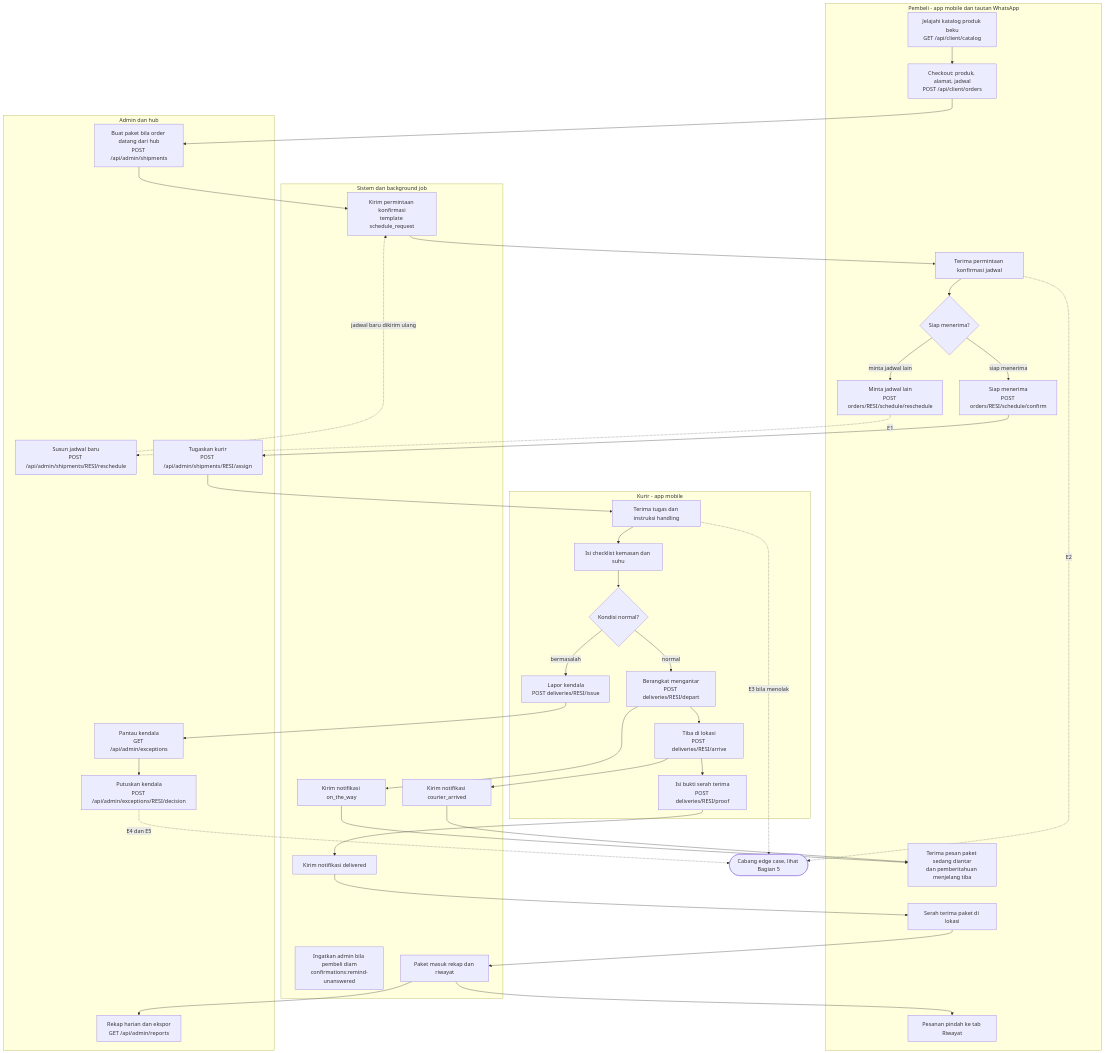
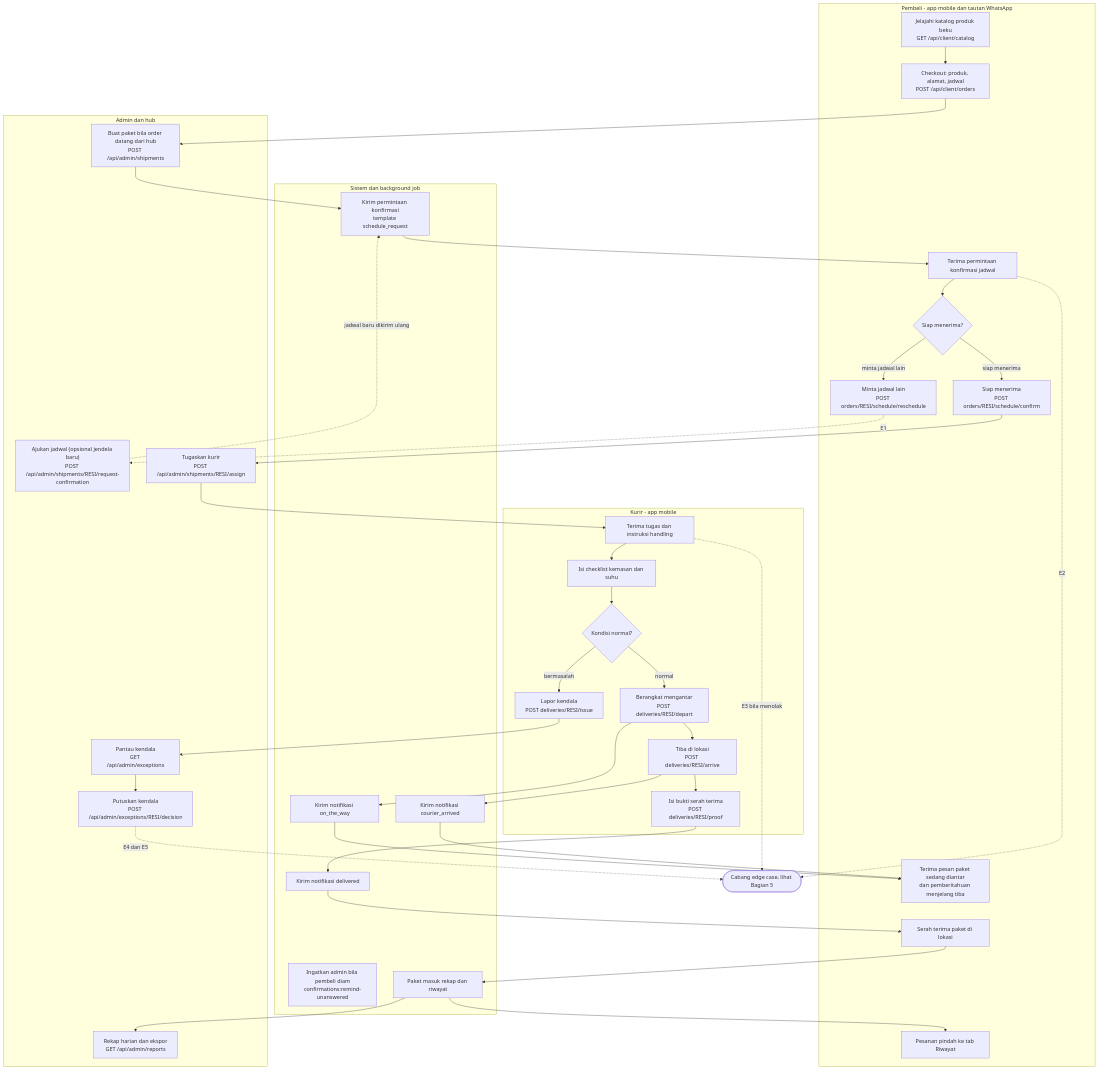
The third of 10 diagrams in docs/flowchart.md (KagChi/anteraja-hackathon), drawn with Mermaid before and after one commit. The commit also changed other lines of this file and 38 other files, not shown here.

First line of the commit message:
refactor(schedule): make schedule confirmation a shared admin/courier action

````diff
--- a/docs/flowchart.md
+++ b/docs/flowchart.md
@@ -232,76 +230,76 @@
 ```mermaid
 flowchart TD
     subgraph L1["Pembeli - app mobile dan tautan WhatsApp"]
         PG1["Jelajahi katalog produk beku<br/>GET /api/client/catalog"]
         PG2["Checkout: produk, alamat, jadwal<br/>POST /api/client/orders"]
         PG3["Terima permintaan konfirmasi jadwal"]
         PG4{"Siap menerima?"}
         PG5["Siap menerima<br/>POST orders/RESI/schedule/confirm"]
         PG6["Minta jadwal lain<br/>POST orders/RESI/schedule/reschedule"]
         PG7["Terima pesan paket sedang diantar<br/>dan pemberitahuan menjelang tiba"]
         PG8["Serah terima paket di lokasi"]
         PG9["Pesanan pindah ke tab Riwayat"]
     end
 
     subgraph L2["Admin dan hub"]
         AD1["Buat paket bila order datang dari hub<br/>POST /api/admin/shipments"]
-        AD2["Susun jadwal baru<br/>POST /api/admin/shipments/RESI/reschedule"]
+        AD2["Ajukan jadwal (opsional jendela baru)<br/>POST /api/admin/shipments/RESI/request-confirmation"]
         AD3["Tugaskan kurir<br/>POST /api/admin/shipments/RESI/assign"]
         AD4["Pantau kendala<br/>GET /api/admin/exceptions"]
         AD5["Putuskan kendala<br/>POST /api/admin/exceptions/RESI/decision"]
         AD6["Rekap harian dan ekspor<br/>GET /api/admin/reports"]
     end
 
     subgraph L3["Kurir - app mobile"]
         KR1["Terima tugas dan instruksi handling"]
         KR2["Isi checklist kemasan dan suhu"]
         KR3{"Kondisi normal?"}
         KR4["Berangkat mengantar<br/>POST deliveries/RESI/depart"]
         KR5["Tiba di lokasi<br/>POST deliveries/RESI/arrive"]
         KR6["Isi bukti serah terima<br/>POST deliveries/RESI/proof"]
         KR7["Lapor kendala<br/>POST deliveries/RESI/issue"]
     end
 
     subgraph L4["Sistem dan background job"]
         SY1["Kirim permintaan konfirmasi<br/>template schedule_request"]
         SY2["Ingatkan admin bila pembeli diam<br/>confirmations:remind-unanswered"]
         SY3["Kirim notifikasi on_the_way"]
         SY4["Kirim notifikasi courier_arrived"]
         SY5["Kirim notifikasi delivered"]
         SY6["Paket masuk rekap dan riwayat"]
     end
 
     EDGE(["Cabang edge case, lihat Bagian 5"])
 
     PG1 --> PG2
     PG2 --> AD1
     AD1 --> SY1
     SY1 --> PG3
     PG3 --> PG4
     PG4 -->|"siap menerima"| PG5
     PG4 -->|"minta jadwal lain"| PG6
     PG6 -.->|"E1"| AD2
     AD2 -.->|"jadwal baru dikirim ulang"| SY1
     PG5 --> AD3
     AD3 --> KR1
     KR1 --> KR2
     KR2 --> KR3
     KR3 -->|"normal"| KR4
     KR3 -->|"bermasalah"| KR7
     KR4 --> SY3
     SY3 --> PG7
     KR4 --> KR5
     KR5 --> SY4
     SY4 --> PG7
     KR5 --> KR6
     KR6 --> SY5
     SY5 --> PG8
     PG8 --> SY6
     SY6 --> PG9
     SY6 --> AD6
     PG3 -.->|"E2"| EDGE
     KR1 -.->|"E3 bila menolak"| EDGE
     KR7 --> AD4
     AD4 --> AD5
     AD5 -.->|"E4 dan E5"| EDGE
 ```
````
